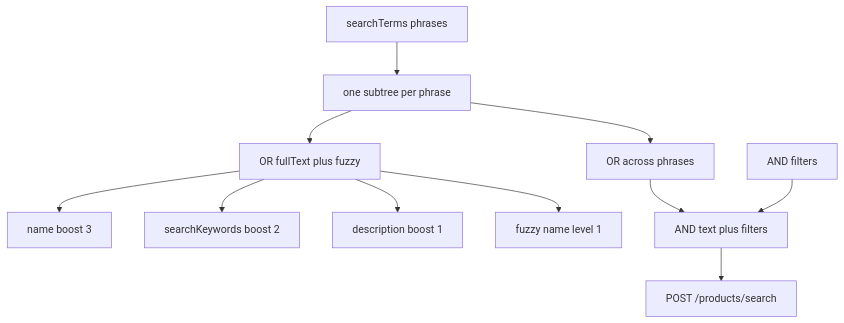
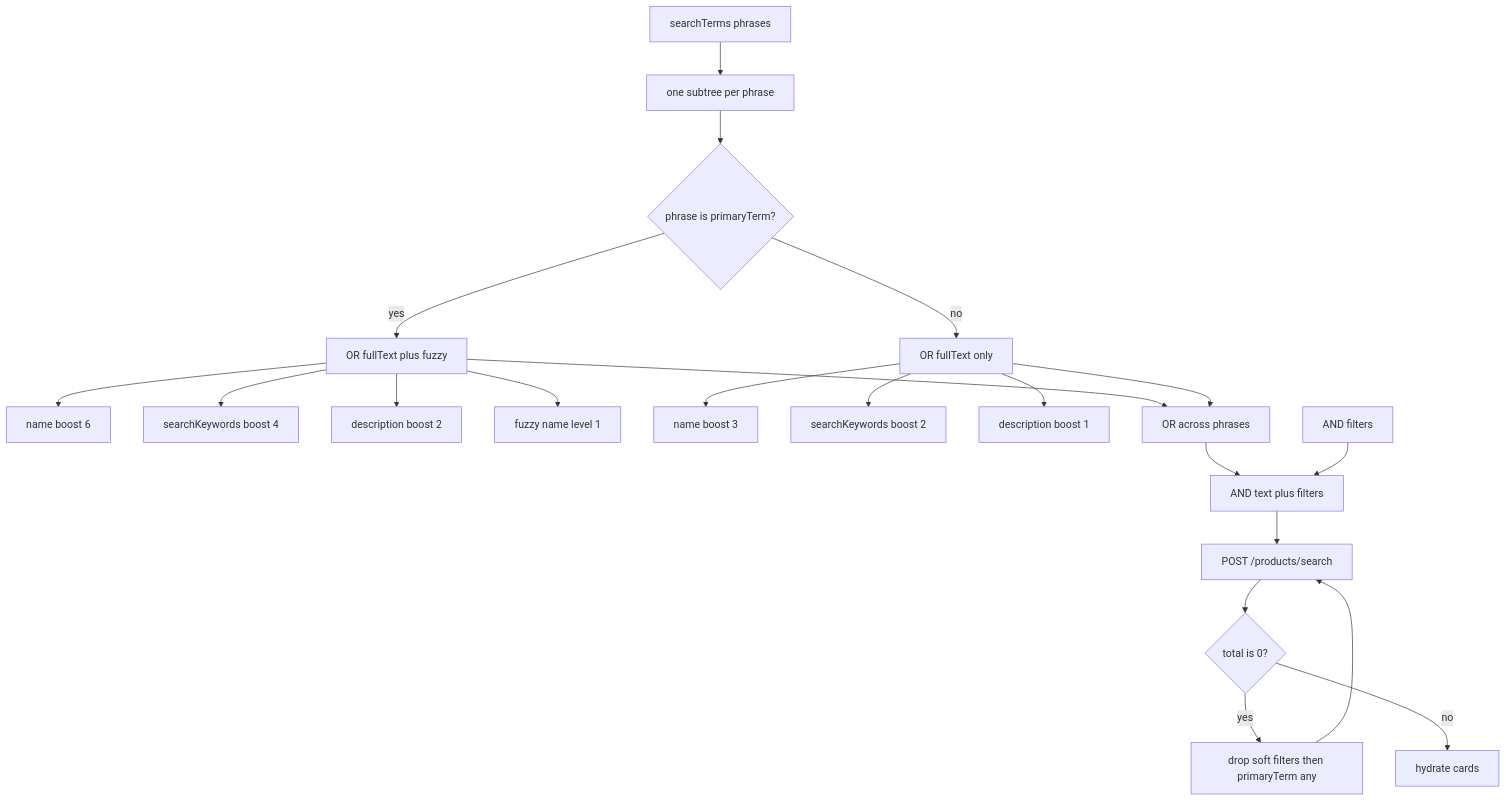
One commit to tomasz-miller/commerce-ai-tool changed the second of 4 diagrams in docs/SEARCH-PIPELINE.md. Above: the diagram before and after it, drawn with Mermaid. The commit also changed other lines of this file and 74 other files, not shown here.

First line of the commit message:
Search relevance primary term - improvement (#19)

````diff
--- a/docs/SEARCH-PIPELINE.md
+++ b/docs/SEARCH-PIPELINE.md
@@ -140,25 +154,43 @@
 ```mermaid
 flowchart TD
   phrases["searchTerms phrases"]
   perPhrase["one subtree per phrase"]
-  fields["OR fullText plus fuzzy"]
-  nameBoost["name boost 3"]
-  kwBoost["searchKeywords boost 2"]
-  descBoost["description boost 1"]
+  primary{"phrase is primaryTerm?"}
+  primaryFields["OR fullText plus fuzzy"]
+  nameBoostP["name boost 6"]
+  kwBoostP["searchKeywords boost 4"]
+  descBoostP["description boost 2"]
   fuzzy["fuzzy name level 1"]
+  altFields["OR fullText only"]
+  nameBoostA["name boost 3"]
+  kwBoostA["searchKeywords boost 2"]
+  descBoostA["description boost 1"]
   phraseOr["OR across phrases"]
   filtersAnd["AND filters"]
   queryAnd["AND text plus filters"]
   post["POST /products/search"]
+  empty{"total is 0?"}
+  relax["drop soft filters then primaryTerm any"]
+  done["hydrate cards"]
 
   phrases --> perPhrase
-  perPhrase --> fields
-  fields --> nameBoost
-  fields --> kwBoost
-  fields --> descBoost
-  fields --> fuzzy
-  perPhrase --> phraseOr
+  perPhrase --> primary
+  primary -->|yes| primaryFields
+  primaryFields --> nameBoostP
+  primaryFields --> kwBoostP
+  primaryFields --> descBoostP
+  primaryFields --> fuzzy
+  primary -->|no| altFields
+  altFields --> nameBoostA
+  altFields --> kwBoostA
+  altFields --> descBoostA
+  primaryFields --> phraseOr
+  altFields --> phraseOr
   phraseOr --> queryAnd
   filtersAnd --> queryAnd
   queryAnd --> post
+  post --> empty
+  empty -->|yes| relax
+  relax --> post
+  empty -->|no| done
 ```
````
